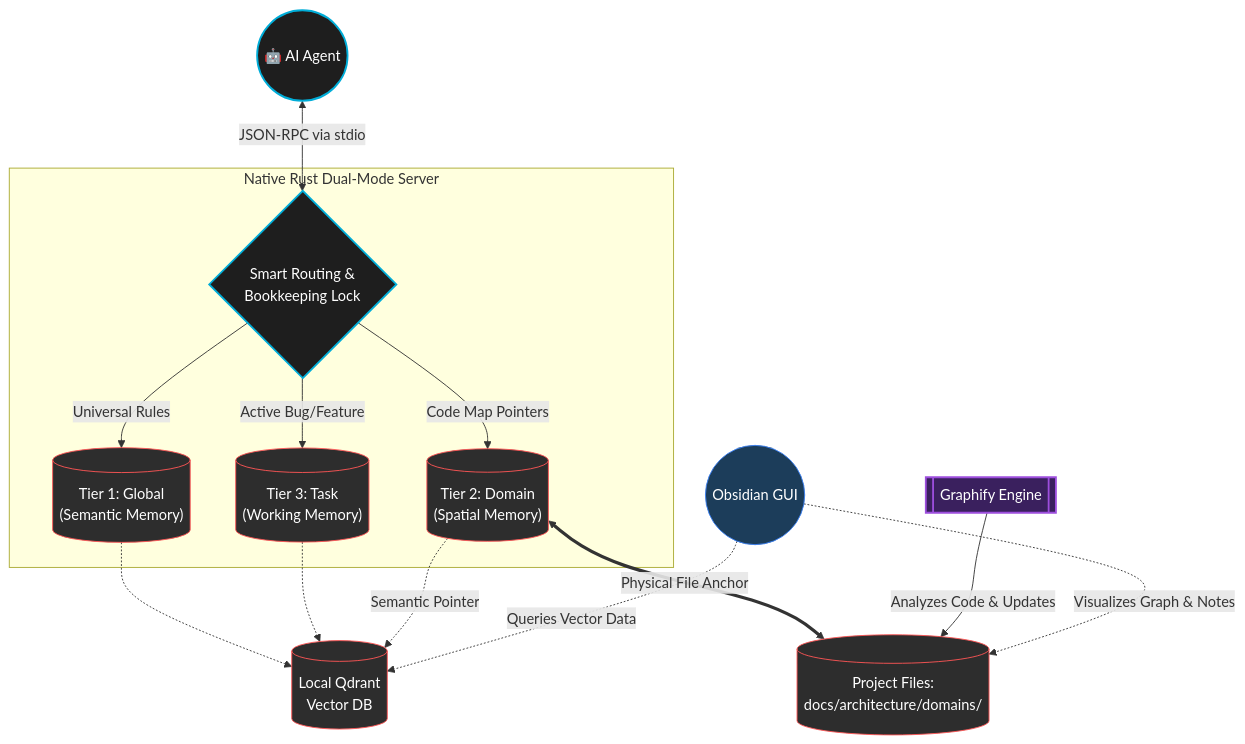
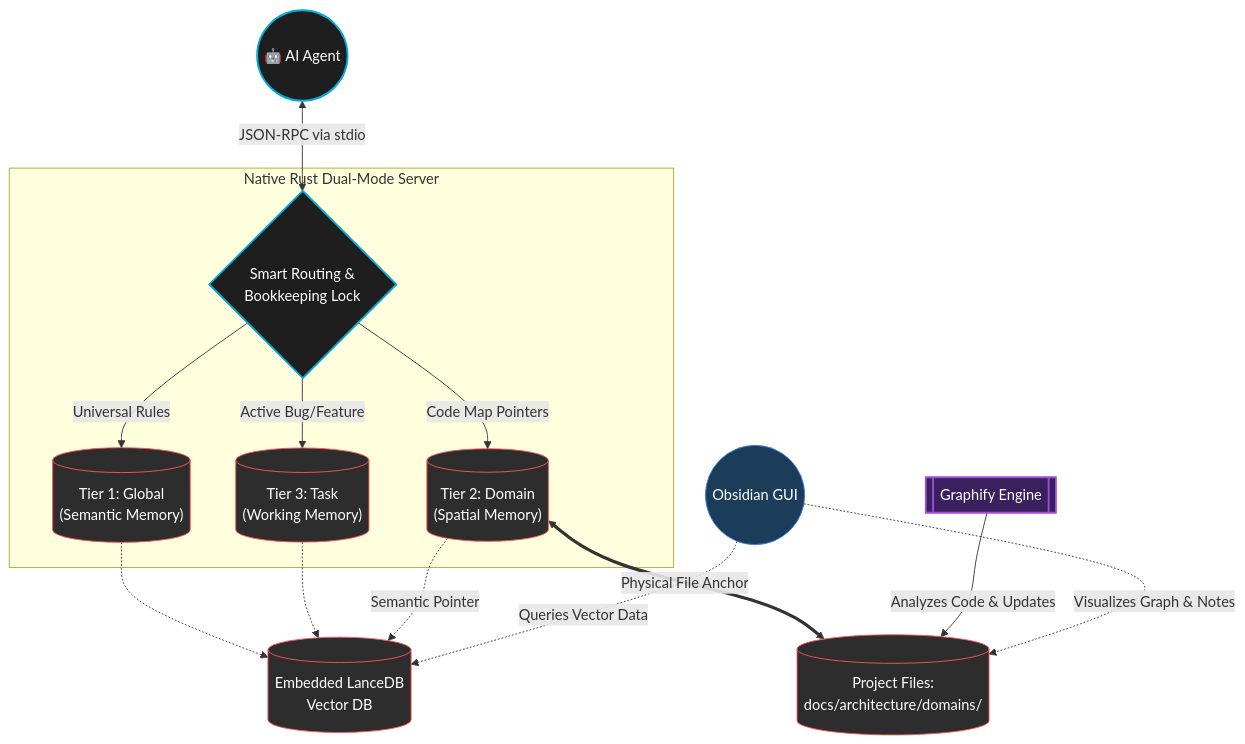
Before and after one commit to Cognilogical/NeuroStrata: the diagram in README.md, drawn with Mermaid. The commit also changed other lines of this file, not shown here.

Commit message:
docs: update README for LanceDB and Rust architecture

````diff
--- a/README.md
+++ b/README.md
@@ -69,42 +69,42 @@
 ```mermaid
 graph TD
     Agent((🤖 AI Agent))
     
     subgraph NeuroStrataServer [Native Rust Dual-Mode Server]
         Router{Smart Routing &<br/>Bookkeeping Lock}
         
         Tier1[("Tier 1: Global<br/>(Semantic Memory)")]
         Tier2[("Tier 2: Domain<br/>(Spatial Memory)")]
         Tier3[("Tier 3: Task<br/>(Working Memory)")]
     end
     
-    Qdrant[(Local Qdrant<br/>Vector DB)]
+    LanceDB[(Embedded LanceDB<br/>Vector DB)]
     PointerWiki[(Project Files:<br/>docs/architecture/domains/)]
     Obsidian((Obsidian GUI))
     Graphify[[Graphify Engine]]
     
     Agent <-->|JSON-RPC via stdio| Router
     Router -->|Universal Rules| Tier1
     Router -->|Code Map Pointers| Tier2
     Router -->|Active Bug/Feature| Tier3
     
-    Tier1 -.-> Qdrant
-    Tier3 -.-> Qdrant
-    Tier2 -.->|Semantic Pointer| Qdrant
+    Tier1 -.-> LanceDB
+    Tier3 -.-> LanceDB
+    Tier2 -.->|Semantic Pointer| LanceDB
     Tier2 <==>|Physical File Anchor| PointerWiki
     
     Graphify -->|Analyzes Code & Updates| PointerWiki
     
     Obsidian -.->|Visualizes Graph & Notes| PointerWiki
-    Obsidian -.->|Queries Vector Data| Qdrant
+    Obsidian -.->|Queries Vector Data| LanceDB
 
     classDef core fill:#1e1e1e,stroke:#00ADD8,stroke-width:2px,color:#fff;
     classDef memory fill:#2d2d2d,stroke:#ff5555,stroke-width:1px,color:#fff;
     classDef engine fill:#3a205e,stroke:#9d4edd,stroke-width:2px,color:#fff;
     classDef tool fill:#1c3d5a,stroke:#3b82f6,stroke-width:1px,color:#fff;
     
     class Agent,Router core;
-    class Tier1,Tier2,Tier3,Qdrant,PointerWiki memory;
+    class Tier1,Tier2,Tier3,LanceDB,PointerWiki memory;
     class Graphify engine;
     class Obsidian tool;
 ```
````
